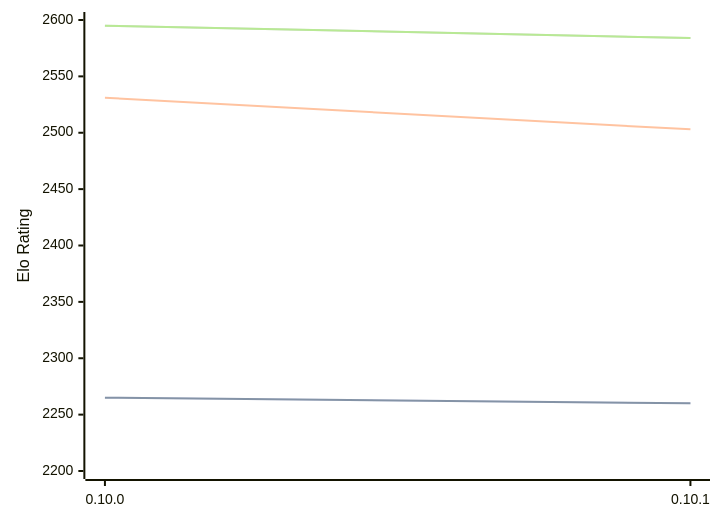
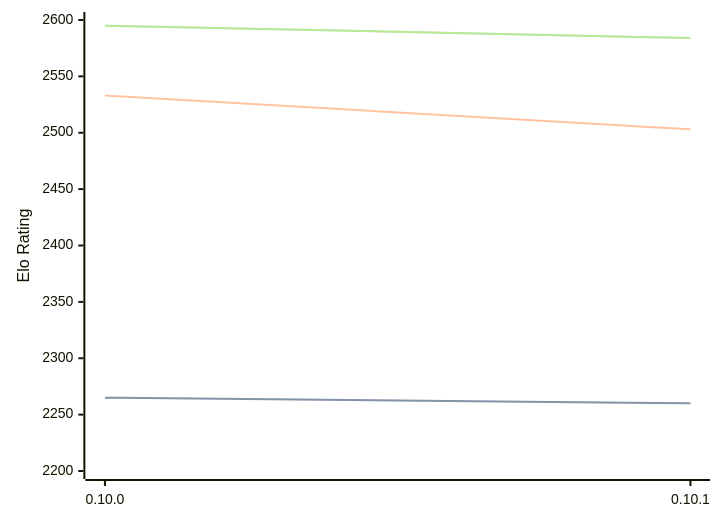
Before and after one commit to computer-chess-index/cci: the third of 3 diagrams in engines/Fatalii.md, drawn with Mermaid. The commit also changed other lines of this file, not shown here.

````diff
--- a/engines/Fatalii.md
+++ b/engines/Fatalii.md
@@ -79,11 +79,11 @@
 ```mermaid
 %%{init: {"theme":"base","themeVariables":{"seriesColors:['#a3a3a3','#222221','#faa371']}}}%%
 xychart-beta
   x-axis ["0.10.0", "0.10.1"]
   y-axis "Elo Rating" 2200 --> 2600
   line "STC (8.0+0.08s)" [2265, 2260]
   line "STC (8.0+0.08s)" [2265, 2260]
-  line "LTC (60.0+0.60s)" [2531, 2503]
+  line "LTC (60.0+0.60s)" [2533, 2503]
   line "VLTC (2m24s+1.12s)" [2595, 2584]
   line "VLTC (2m24s+1.12s)" [2595, 2584]
 ```
````
